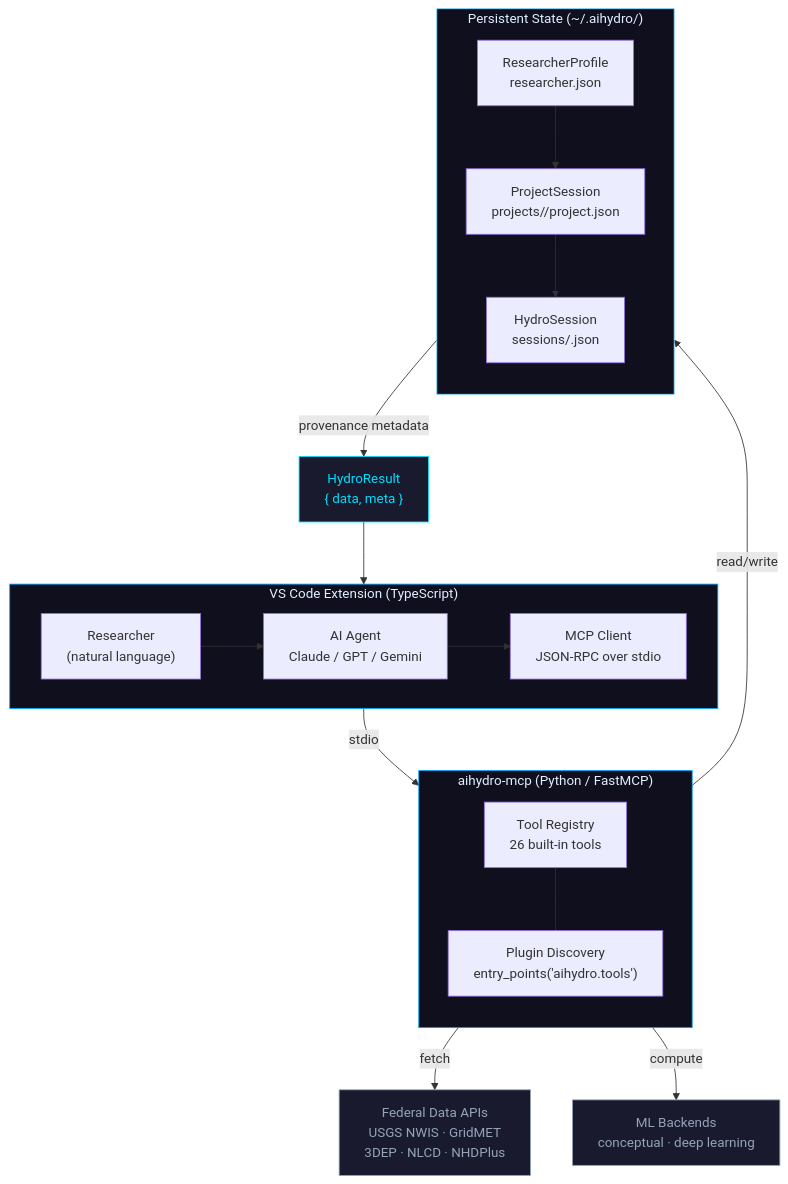
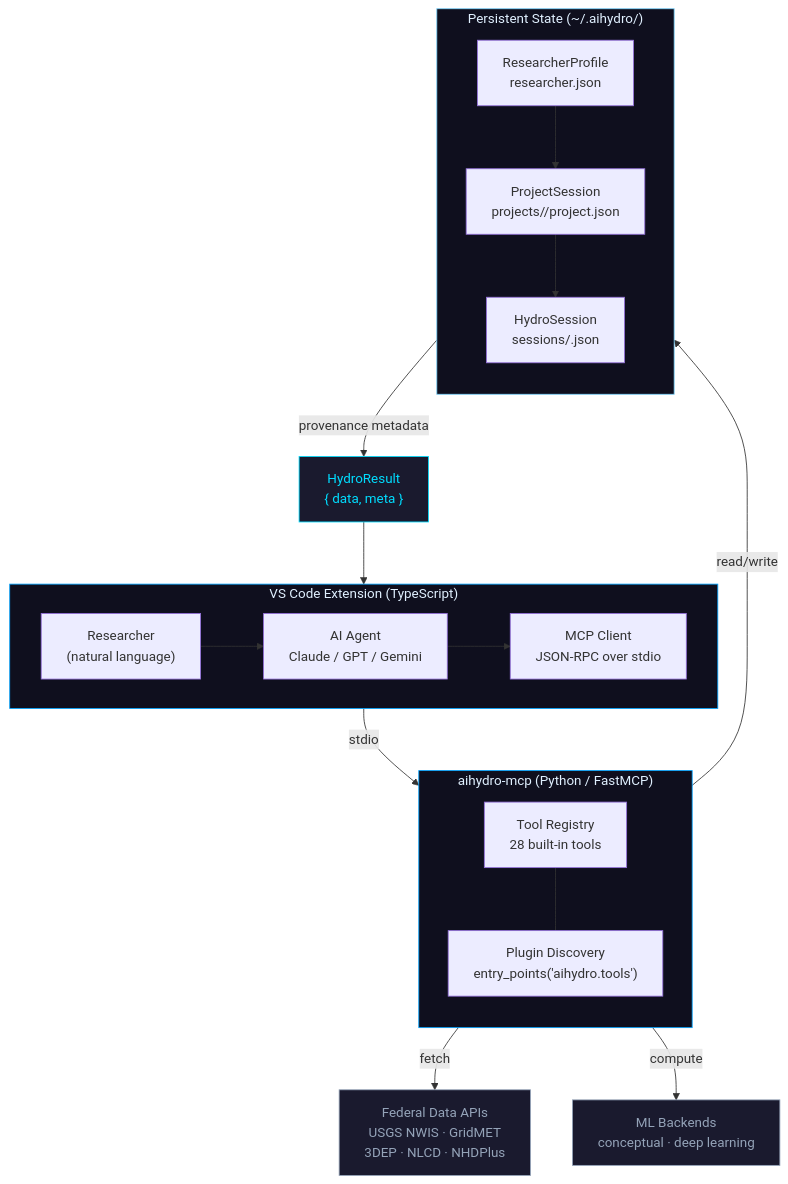
Before and after one commit to cline/cline: the first of 3 diagrams in docs/architecture.md, drawn with Mermaid. The commit also changed 17 other files, not shown here.

````diff
--- a/docs/architecture.md
+++ b/docs/architecture.md
@@ -13,51 +13,51 @@
 ```mermaid
 flowchart TB
     subgraph EXT["VS Code Extension (TypeScript)"]
         direction LR
         USER["Researcher
 (natural language)"] --> LLM["AI Agent
 Claude / GPT / Gemini"]
         LLM --> CLIENT["MCP Client
 JSON-RPC over stdio"]
     end
 
     CLIENT -->|stdio| MCP
 
     subgraph MCP["aihydro-mcp (Python / FastMCP)"]
         direction TB
         TOOLS["Tool Registry
-26 built-in tools"]
+28 built-in tools"]
         PLUGINS["Plugin Discovery
 entry_points('aihydro.tools')"]
         TOOLS --- PLUGINS
     end
 
     MCP -->|fetch| APIS["Federal Data APIs
 USGS NWIS · GridMET
 3DEP · NLCD · NHDPlus"]
     MCP -->|compute| ML["ML Backends
 conceptual · deep learning"]
     MCP -->|read/write| SESSION
 
     subgraph SESSION["Persistent State (~/.aihydro/)"]
         direction TB
         RP["ResearcherProfile
 researcher.json"]
         PS["ProjectSession
 projects/<name>/project.json"]
         HS["HydroSession
 sessions/<gauge>.json"]
         RP --> PS --> HS
     end
 
     HS -->|provenance metadata| PROV["HydroResult
 { data, meta }"]
     PROV --> LLM
 
     style EXT fill:#0f0f1e,stroke:#00a3ff,color:#e0f0ff
     style MCP fill:#0f0f1e,stroke:#00a3ff,color:#e0f0ff
     style SESSION fill:#0f0f1e,stroke:#7dd3fc,color:#e0f0ff
     style APIS fill:#1a1a2e,stroke:#94a3b8,color:#94a3b8
     style ML fill:#1a1a2e,stroke:#94a3b8,color:#94a3b8
     style PROV fill:#1a1a2e,stroke:#00ddff,color:#00ddff
 ```
````
